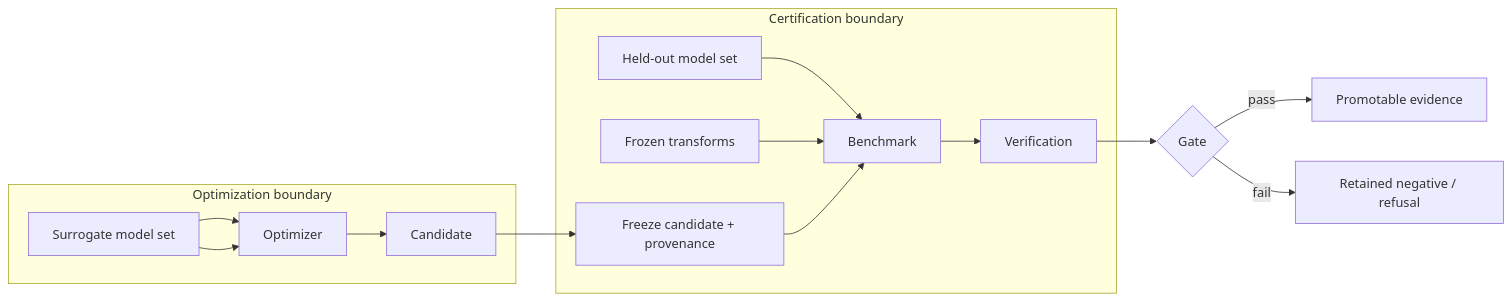
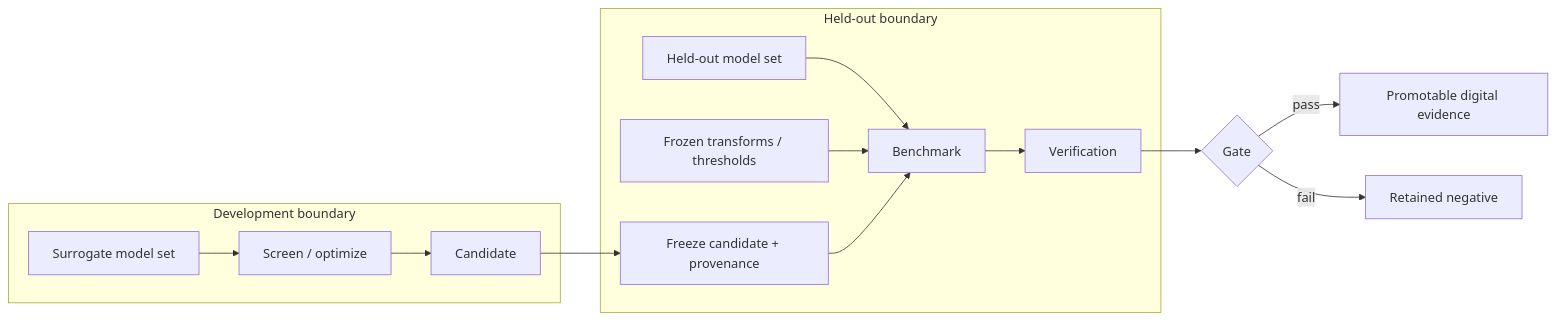
Before and after one commit to ninja-ops-guy/adversarial-clothing-pipeline: the fifth of 13 diagrams in docs/DIAGRAMS.md, drawn with Mermaid. The commit also changed other lines of this file, not shown here.

Commit message:
docs: refresh RAC diagrams for current lineage and P1 path

````diff
--- a/docs/DIAGRAMS.md
+++ b/docs/DIAGRAMS.md
@@ -109,27 +112,20 @@
 ```mermaid
 flowchart LR
-    subgraph TRAIN[Optimization boundary]
-      S[Surrogate model set]
-      O[Optimizer]
-      C[Candidate]
-      S --> O --> C
-      S --> O
+    subgraph DEV[Development boundary]
+      S[Surrogate model set] --> O[Screen / optimize]
+      O --> C[Candidate]
     end
 
     C --> F[Freeze candidate + provenance]
 
-    subgraph CERT[Certification boundary]
-      H[Held-out model set]
-      T[Frozen transforms]
-      B[Benchmark]
-      V[Verification]
-      H --> B
-      T --> B
+    subgraph CERT[Held-out boundary]
+      H[Held-out model set] --> B[Benchmark]
+      T[Frozen transforms / thresholds] --> B
       F --> B
-      B --> V
+      B --> V[Verification]
     end
 
-    V --> R{Gate}
-    R -->|pass| P[Promotable evidence]
-    R -->|fail| X[Retained negative / refusal]
+    V --> G{Gate}
+    G -- pass --> P[Promotable digital evidence]
+    G -- fail --> N[Retained negative]
 ```
````
